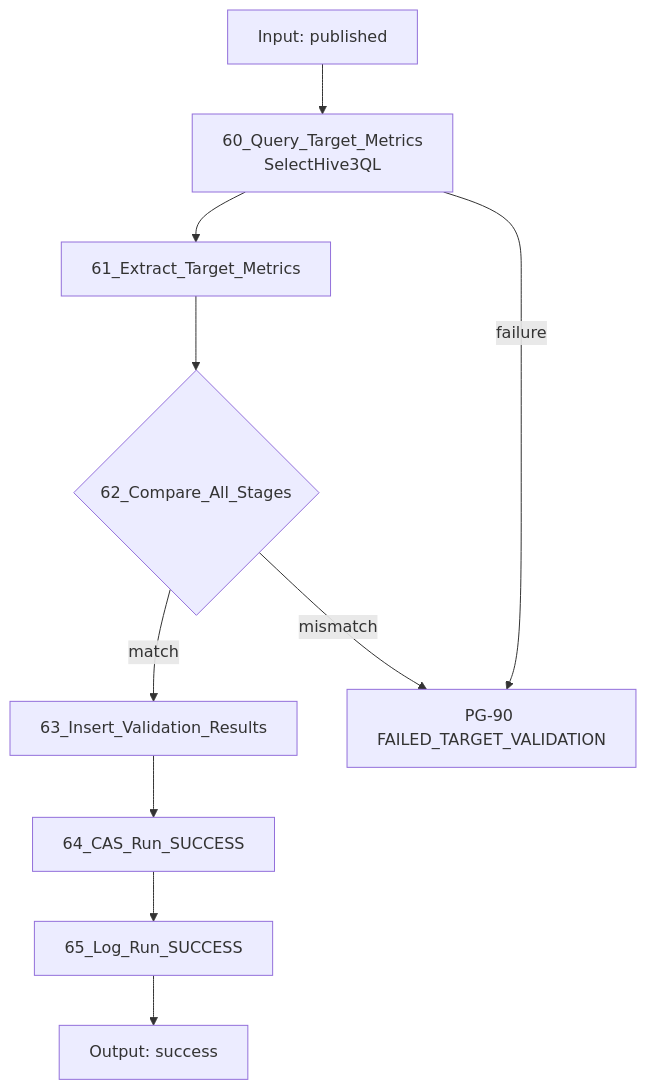
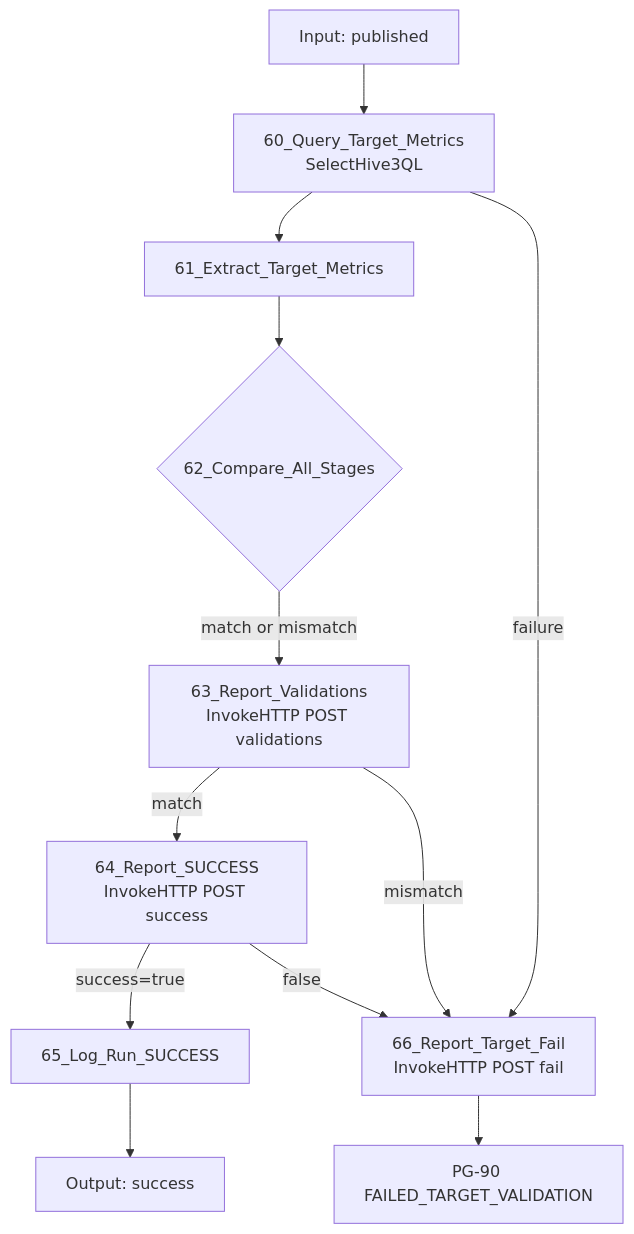
Diagram 11 of 13 in nifi-sqoop-removal-guide.md (DataDynamics/nifi-sqoop-removal), drawn with Mermaid before and after one commit. The commit also changed other lines of this file and 3 other files, not shown here.

````diff
--- a/nifi-sqoop-removal-guide.md
+++ b/nifi-sqoop-removal-guide.md
@@ -1293,12 +1388,14 @@
 ```mermaid
 flowchart TD
     I[Input: published] --> Q[60_Query_Target_Metrics<br/>SelectHive3QL]
     Q --> E[61_Extract_Target_Metrics]
     E --> C{62_Compare_All_Stages}
-    C -->|match| V[63_Insert_Validation_Results]
-    V --> S[64_CAS_Run_SUCCESS]
-    S --> L[65_Log_Run_SUCCESS]
+    C -->|match or mismatch| V[63_Report_Validations<br/>InvokeHTTP POST validations]
+    V -->|match| S[64_Report_SUCCESS<br/>InvokeHTTP POST success]
+    V -->|mismatch| F[66_Report_Target_Fail<br/>InvokeHTTP POST fail]
+    S -->|success=true| L[65_Log_Run_SUCCESS]
+    S -->|false| F
     L --> O[Output: success]
-    C -->|mismatch| F[PG-90 FAILED_TARGET_VALIDATION]
     Q -->|failure| F
+    F --> FE[PG-90 FAILED_TARGET_VALIDATION]
 ```
````
